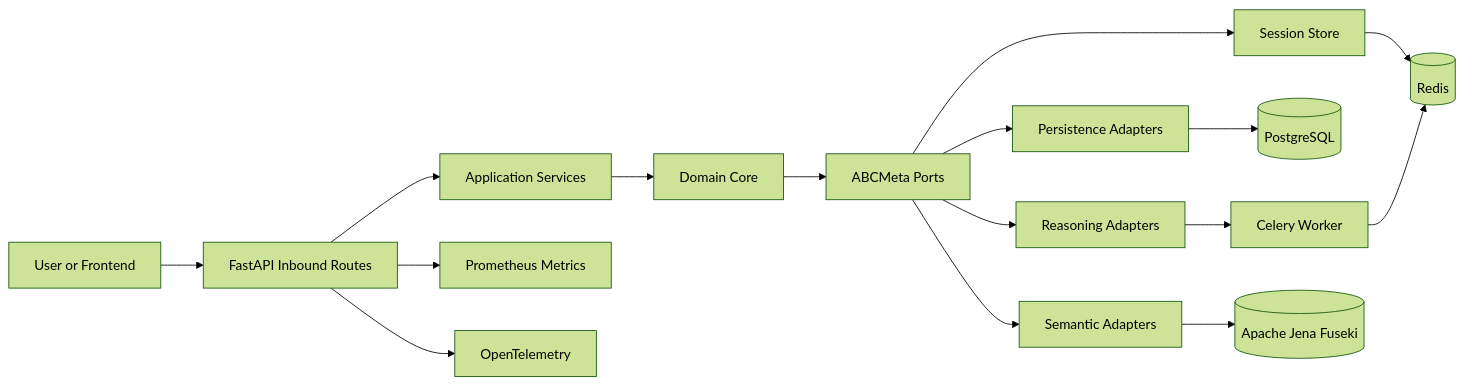
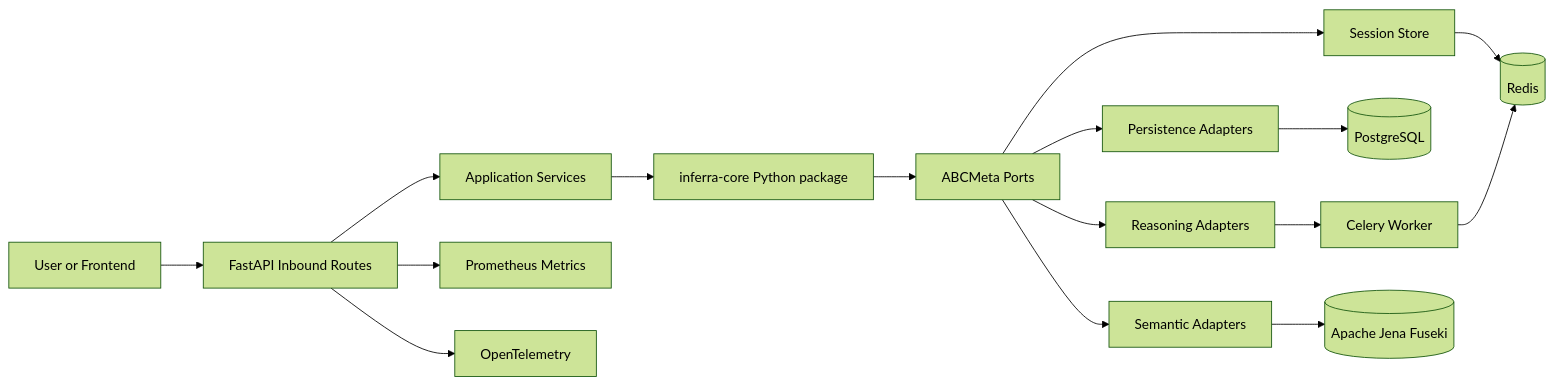
One commit to DeanLee77/INFERRA-platform changed the diagram in README.md. Above: the diagram before and after it, drawn with Mermaid (forest theme). The commit also changed other lines of this file and 132 other files, not shown here.

````diff
--- a/README.md
+++ b/README.md
@@ -93,19 +112,19 @@
 ```mermaid
 flowchart LR
     User[User or Frontend] --> API[FastAPI Inbound Routes]
     API --> Services[Application Services]
-    Services --> Domain[Domain Core]
+    Services --> Domain[inferra-core Python package]
     Domain --> Ports[ABCMeta Ports]
     Ports --> Persistence[Persistence Adapters]
     Ports --> SessionStore[Session Store]
     Ports --> Reasoning[Reasoning Adapters]
     Ports --> Semantic[Semantic Adapters]
 
     Persistence --> Postgres[(PostgreSQL)]
     SessionStore --> Redis[(Redis)]
     Reasoning --> Celery[Celery Worker]
     Celery --> Redis
     Semantic --> Fuseki[(Apache Jena Fuseki)]
     API --> Metrics[Prometheus Metrics]
     API --> OTel[OpenTelemetry]
 ```
````
